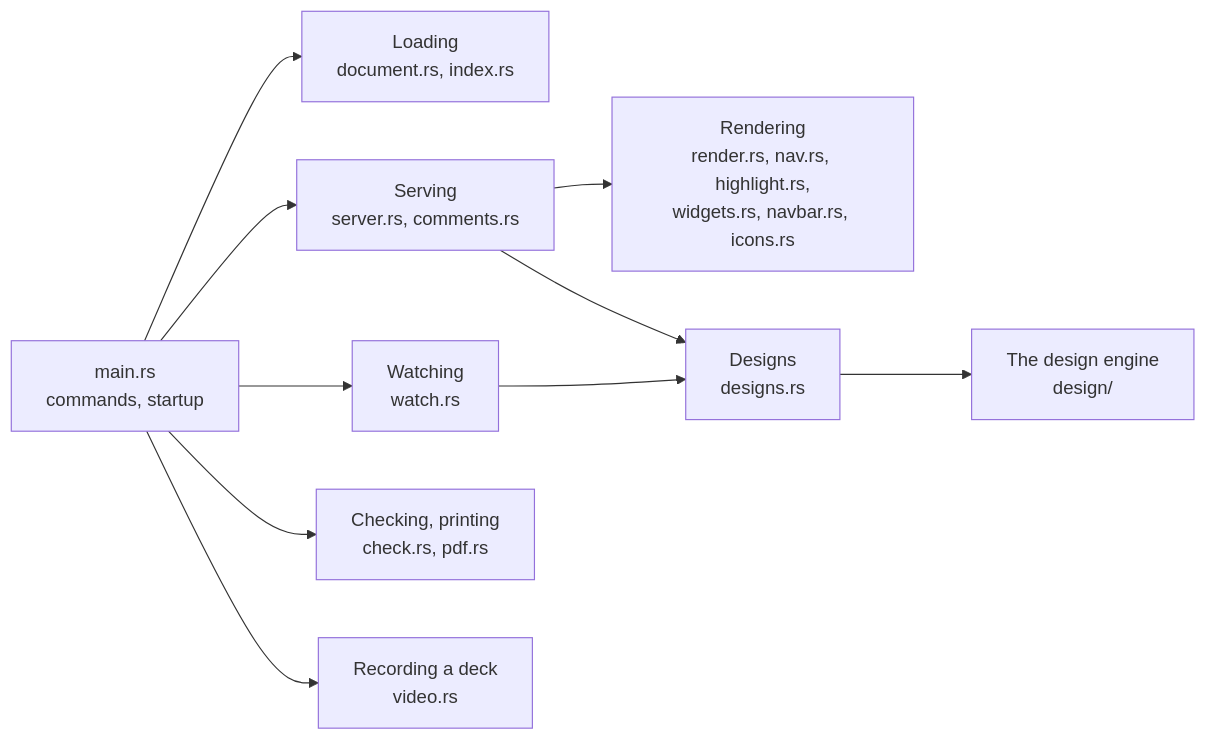
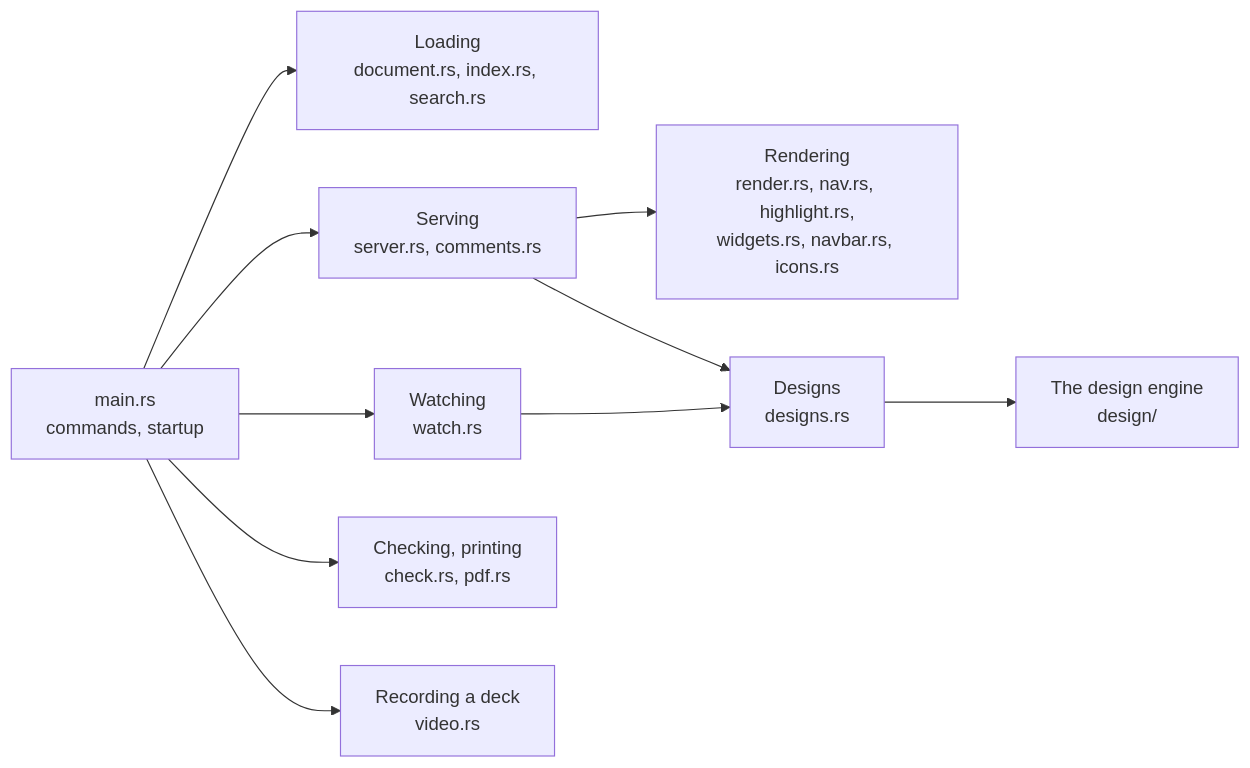
One commit to andrei512/devpage changed the diagram in docs/boxes/engineering/code-map/README.md. Above: the diagram before and after it, drawn with Mermaid. The commit also changed other lines of this file and 15 other files, not shown here.

First line of the commit message:
Search index and endpoint

````diff
--- a/docs/boxes/engineering/code-map/README.md
+++ b/docs/boxes/engineering/code-map/README.md
@@ -16,21 +16,21 @@
 ```mermaid
 flowchart LR
-  main["main.rs<br/>commands, startup"] --> load["Loading<br/>document.rs, index.rs"]
+  main["main.rs<br/>commands, startup"] --> load["Loading<br/>document.rs, index.rs, search.rs"]
   main --> watch["Watching<br/>watch.rs"]
   main --> serve["Serving<br/>server.rs, comments.rs"]
   serve --> render["Rendering<br/>render.rs, nav.rs, highlight.rs,<br/>widgets.rs, navbar.rs, icons.rs"]
   main --> other["Checking, printing<br/>check.rs, pdf.rs"]
   main --> video["Recording a deck<br/>video.rs"]
   watch --> designs["Designs<br/>designs.rs"]
   serve --> designs
   designs --> engine["The design engine<br/>design/"]
   click main href "#how-main-wires-it-together" "How main wires it together"
   click load href "../../viewer/document-index/README.md" "Which document a file belongs to"
   click watch href "../../viewer/live-updates/README.md#the-watcher" "The watcher"
   click serve href "../../viewer/serving-pages/README.md" "Serving pages"
   click render href "../../viewer/rendering-a-page/README.md" "Rendering a page"
   click other href "../../viewer/checking-links/README.md" "Checking links"
   click video href "../../viewer/making-a-video/README.md" "Making a video"
   click designs href "../../viewer/design-engine/README.md#in-the-server" "The design engine in the server"
   click engine href "../../viewer/design-engine/README.md" "The design engine"
 ```
````
